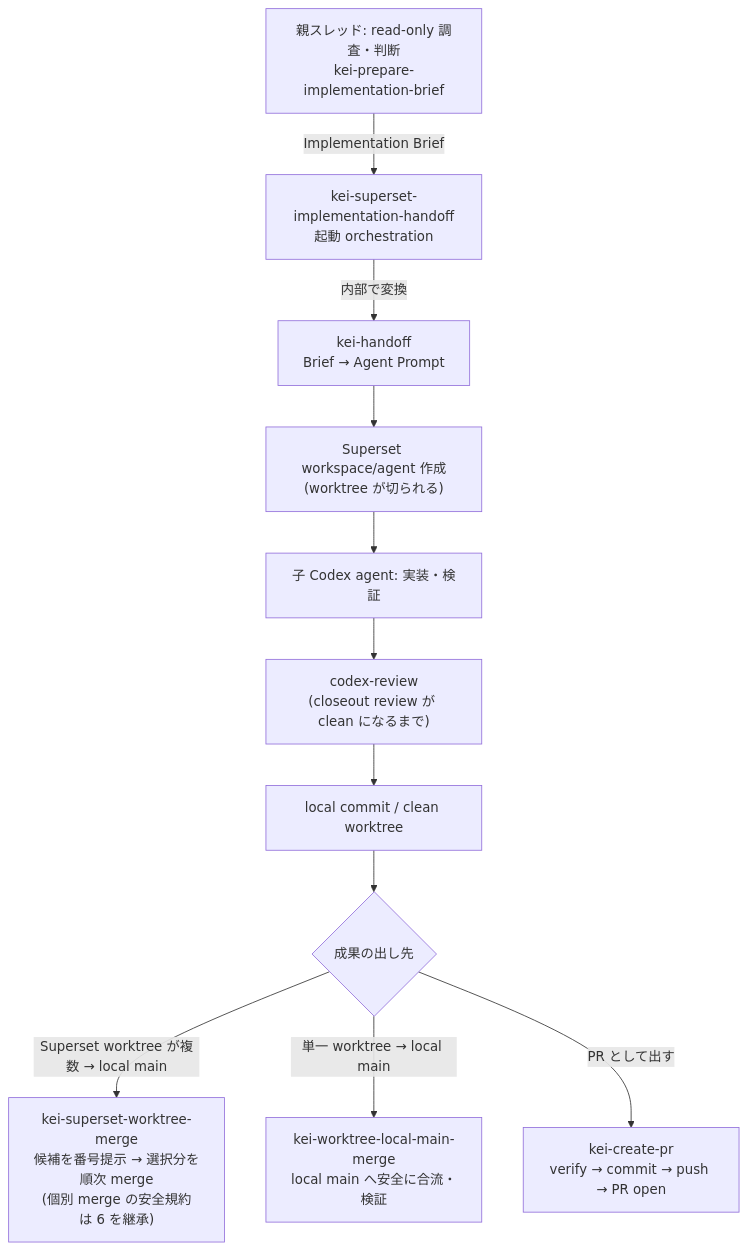
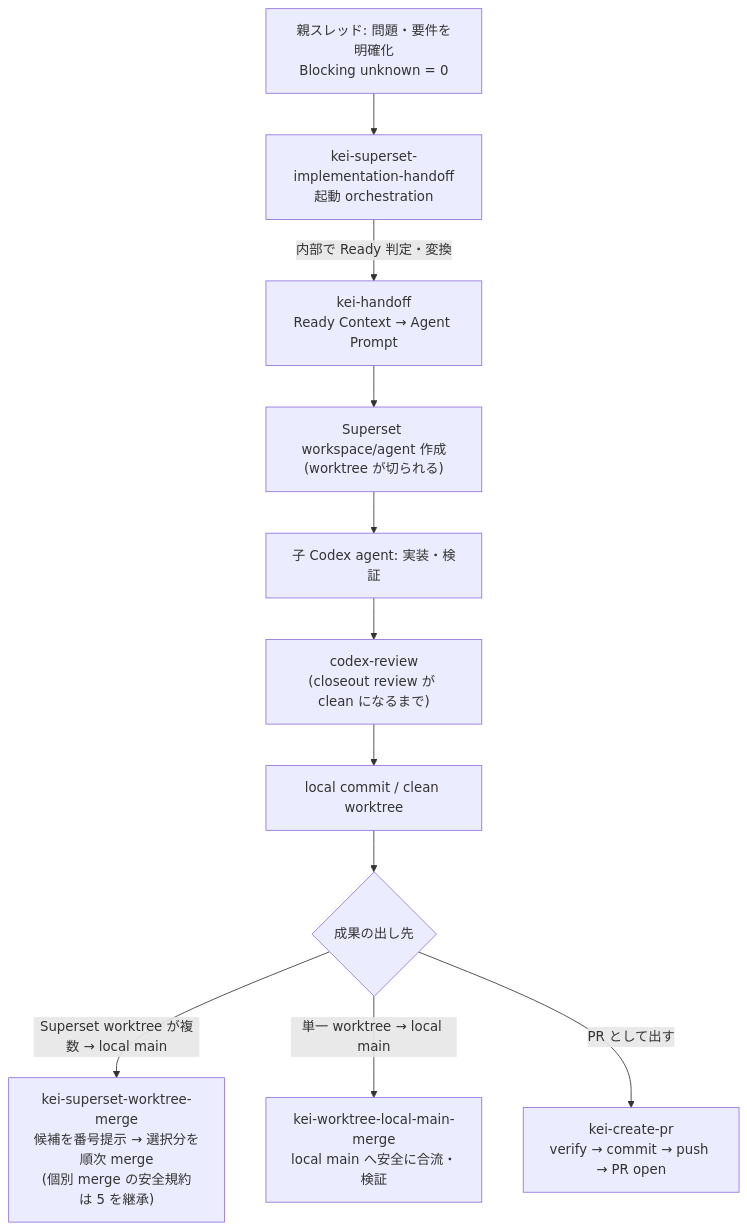
Before and after one commit to kei-prog/superset-handoff-flow: the diagram in README.md, drawn with Mermaid. The commit also changed other lines of this file and 7 other files, not shown here.

Commit message:
refactor: remove implementation brief prerequisite

````diff
--- a/README.md
+++ b/README.md
@@ -9,13 +9,13 @@
 ```mermaid
 flowchart TD
-    A["親スレッド: read-only 調査・判断<br/>kei-prepare-implementation-brief"] -->|Implementation Brief| B["kei-superset-implementation-handoff<br/>起動 orchestration"]
-    B -->|内部で変換| C["kei-handoff<br/>Brief → Agent Prompt"]
+    A["親スレッド: 問題・要件を明確化<br/>Blocking unknown = 0"] --> B["kei-superset-implementation-handoff<br/>起動 orchestration"]
+    B -->|内部で Ready 判定・変換| C["kei-handoff<br/>Ready Context → Agent Prompt"]
     C --> D["Superset workspace/agent 作成<br/>(worktree が切られる)"]
     D --> E["子 Codex agent: 実装・検証"]
     E --> F["codex-review<br/>(closeout review が clean になるまで)"]
     F --> G["local commit / clean worktree"]
     G --> H{成果の出し先}
-    H -->|Superset worktree が複数 → local main| I["kei-superset-worktree-merge<br/>候補を番号提示 → 選択分を順次 merge<br/>(個別 merge の安全規約は 6 を継承)"]
+    H -->|Superset worktree が複数 → local main| I["kei-superset-worktree-merge<br/>候補を番号提示 → 選択分を順次 merge<br/>(個別 merge の安全規約は 5 を継承)"]
     H -->|単一 worktree → local main| J["kei-worktree-local-main-merge<br/>local main へ安全に合流・検証"]
     H -->|PR として出す| K["kei-create-pr<br/>verify → commit → push → PR open"]
 ```
````
